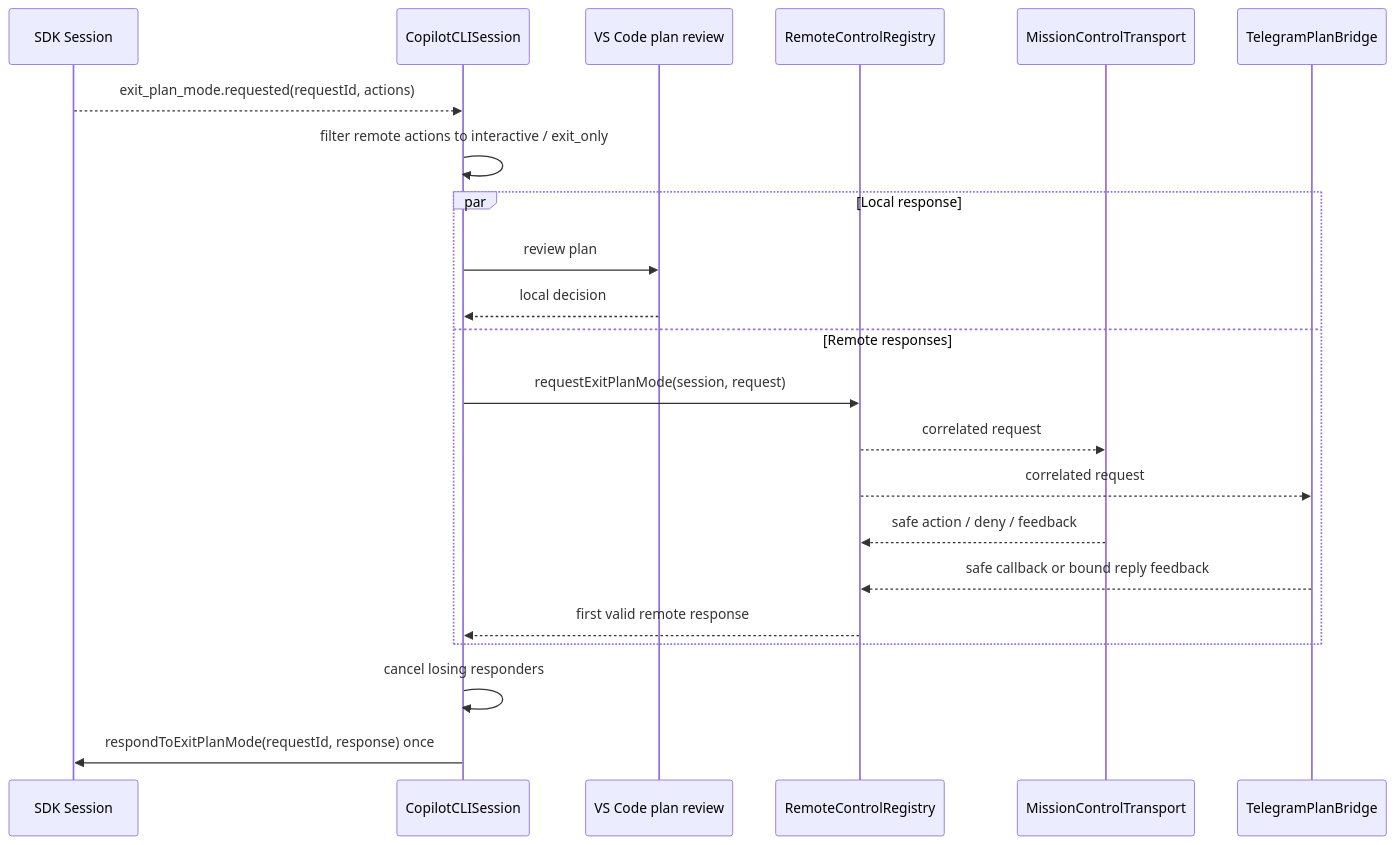
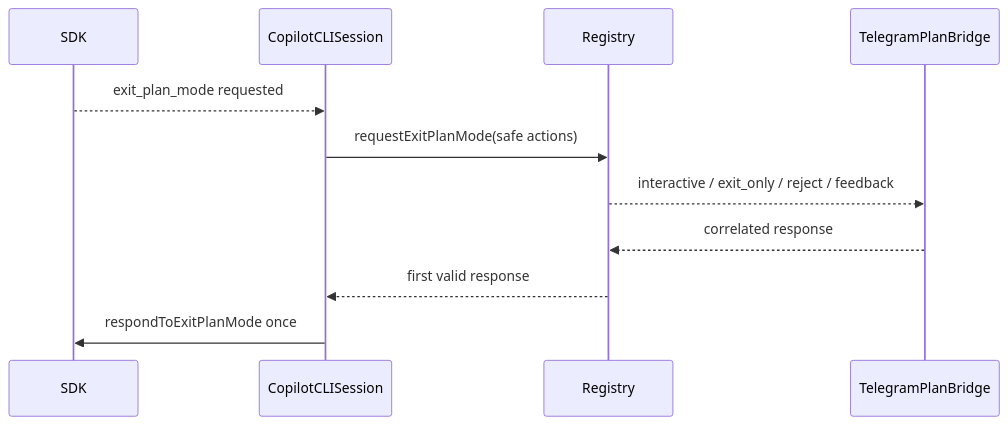
One commit to SachiHarshitha/vscode-telegram changed diagram 13 of 17 in extensions/copilot/docs/telegram-remote/CALL_FLOWS.md. Above: the diagram before and after it, drawn with Mermaid. The commit also changed other lines of this file, not shown here.

Commit message:
docs(telegram-remote): align call flows with current runtime

````diff
--- a/extensions/copilot/docs/telegram-remote/CALL_FLOWS.md
+++ b/extensions/copilot/docs/telegram-remote/CALL_FLOWS.md
@@ -343,25 +295,14 @@
 ```mermaid
 sequenceDiagram
-    participant SDK as SDK Session
+    participant SDK as SDK
     participant S as CopilotCLISession
-    participant VS as VS Code plan review
-    participant C as RemoteControlRegistry
-    participant M as MissionControlTransport
-    participant T as TelegramPlanBridge
+    participant REG as Registry
+    participant TG as TelegramPlanBridge
 
-    SDK-->>S: exit_plan_mode.requested(requestId, actions)
-    S->>S: filter remote actions to interactive / exit_only
-    par Local response
-        S->>VS: review plan
-        VS-->>S: local decision
-    and Remote responses
-        S->>C: requestExitPlanMode(session, request)
-        C-->>M: correlated request
-        C-->>T: correlated request
-        M-->>C: safe action / deny / feedback
-        T-->>C: safe callback or bound reply feedback
-        C-->>S: first valid remote response
-    end
-    S->>S: cancel losing responders
-    S->>SDK: respondToExitPlanMode(requestId, response) once
+    SDK-->>S: exit_plan_mode requested
+    S->>REG: requestExitPlanMode(safe actions)
+    REG-->>TG: interactive / exit_only / reject / feedback
+    TG-->>REG: correlated response
+    REG-->>S: first valid response
+    S->>SDK: respondToExitPlanMode once
 ```
````
